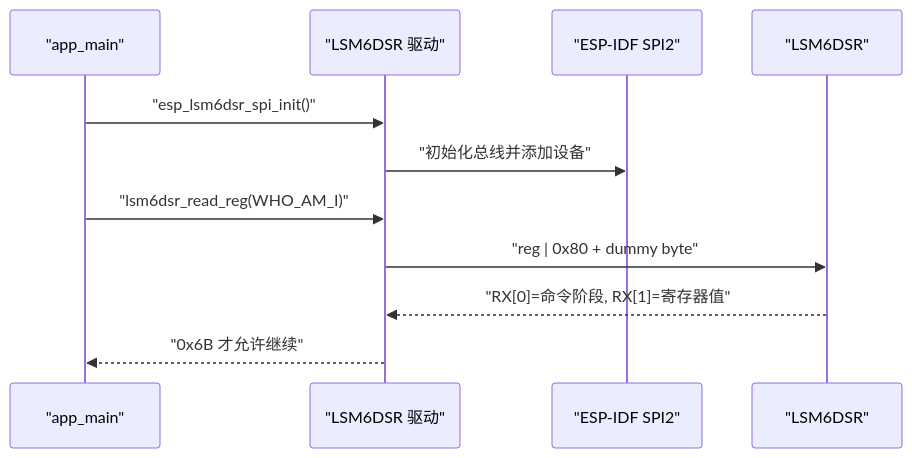
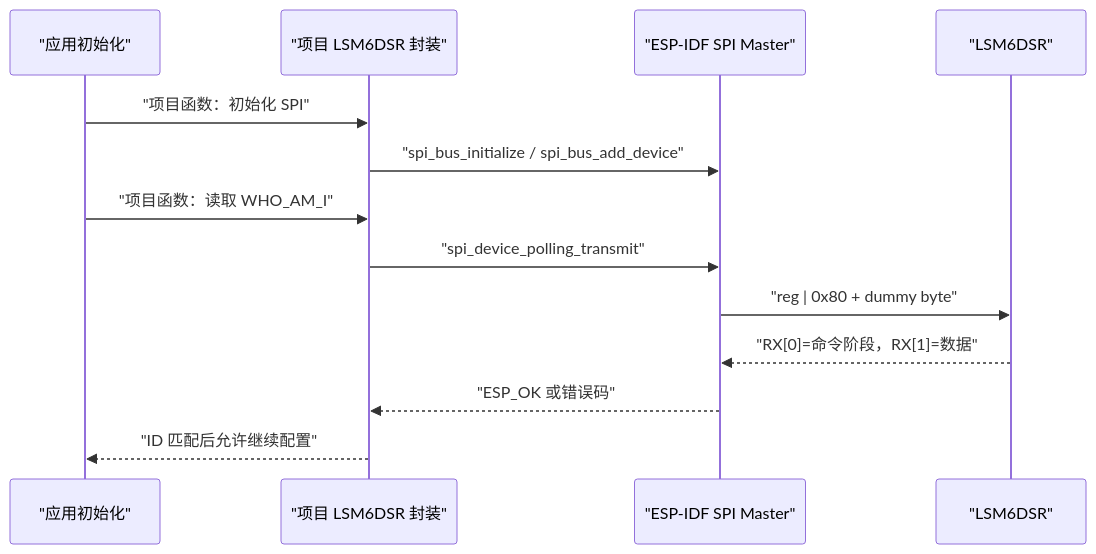
One commit to Zhaotianhao310/Obsidian- changed the diagram in wiki/03-Middleware-Drivers/LSM6DSR/LSM6DSR SPI 驱动.md. Above: the diagram before and after it, drawn with Mermaid. The commit also changed other lines of this file and 20 other files, not shown here.

```diff
--- a/wiki/03-Middleware-Drivers/LSM6DSR/LSM6DSR SPI 驱动.md
+++ b/wiki/03-Middleware-Drivers/LSM6DSR/LSM6DSR SPI 驱动.md
@@ -9,13 +17,15 @@
 ~~~mermaid
 sequenceDiagram
-    participant App as "app_main"
-    participant Drv as "LSM6DSR 驱动"
-    participant SPI as "ESP-IDF SPI2"
+    participant App as "应用初始化"
+    participant Drv as "项目 LSM6DSR 封装"
+    participant SPI as "ESP-IDF SPI Master"
     participant IMU as "LSM6DSR"
-    App->>Drv: "esp_lsm6dsr_spi_init()"
-    Drv->>SPI: "初始化总线并添加设备"
-    App->>Drv: "lsm6dsr_read_reg(WHO_AM_I)"
-    Drv->>IMU: "reg | 0x80 + dummy byte"
-    IMU-->>Drv: "RX[0]=命令阶段, RX[1]=寄存器值"
-    Drv-->>App: "0x6B 才允许继续"
+    App->>Drv: "项目函数：初始化 SPI"
+    Drv->>SPI: "spi_bus_initialize / spi_bus_add_device"
+    App->>Drv: "项目函数：读取 WHO_AM_I"
+    Drv->>SPI: "spi_device_polling_transmit"
+    SPI->>IMU: "reg | 0x80 + dummy byte"
+    IMU-->>SPI: "RX[0]=命令阶段，RX[1]=数据"
+    SPI-->>Drv: "ESP_OK 或错误码"
+    Drv-->>App: "ID 匹配后允许继续配置"
 ~~~
```
